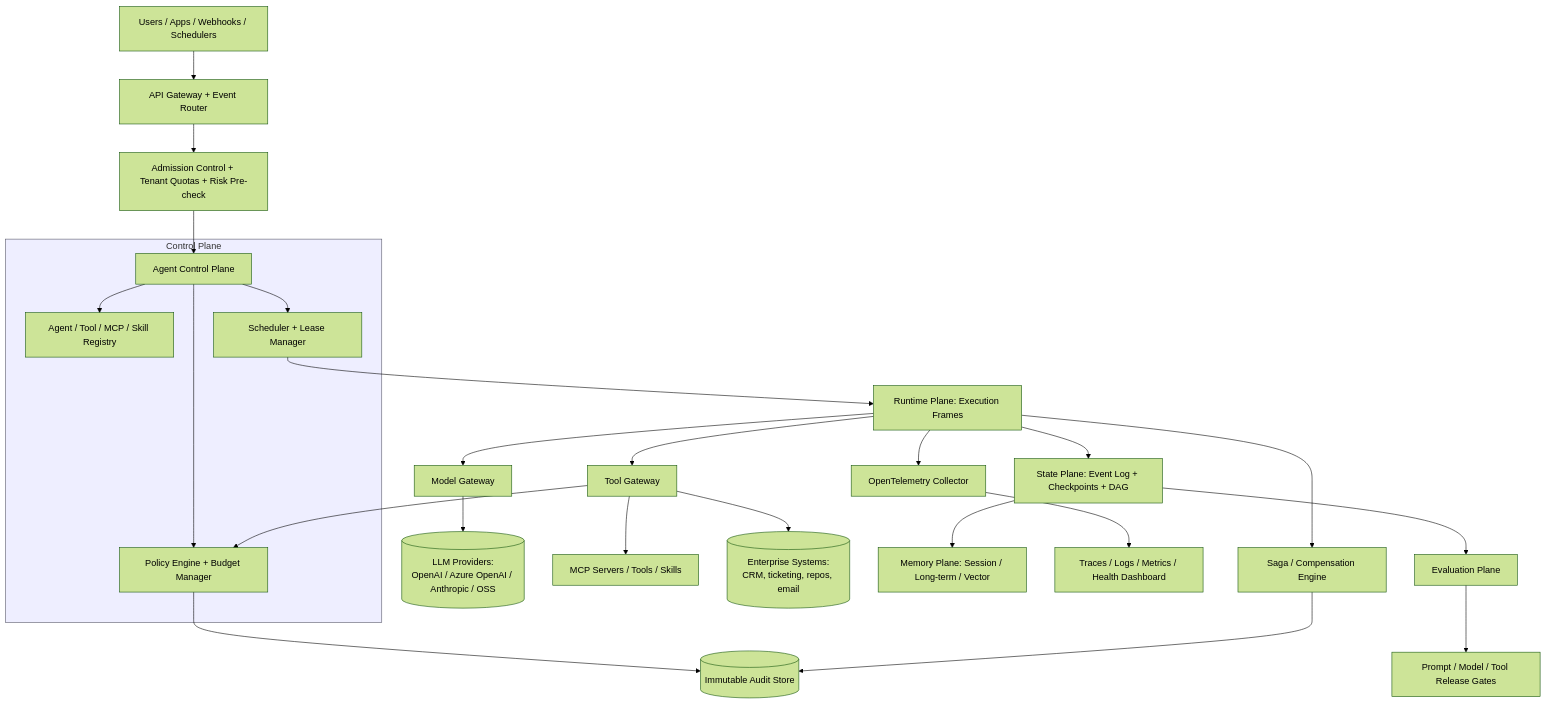
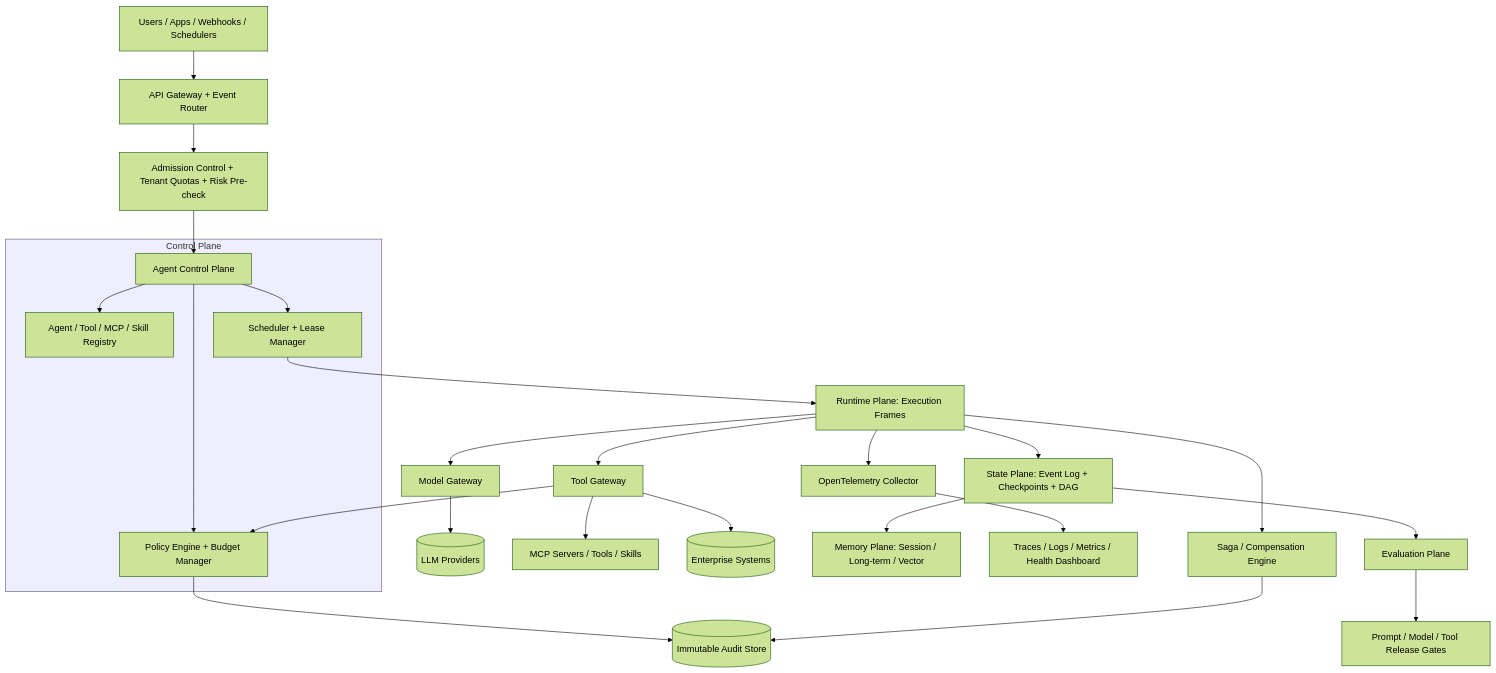
One commit to dsgouda7/ai-portfolio changed the first of 3 diagrams in learning/agentic-ai-system-design/system-design.md. Above: the diagram before and after it, drawn with Mermaid (forest theme). The commit also changed 11 other files, not shown here.

````diff
--- a/learning/agentic-ai-system-design/system-design.md
+++ b/learning/agentic-ai-system-design/system-design.md
@@ -62,36 +62,36 @@
 ```mermaid
 flowchart TD
     Client[Users / Apps / Webhooks / Schedulers] --> Ingress[API Gateway + Event Router]
     Ingress --> Admission[Admission Control + Tenant Quotas + Risk Pre-check]
     Admission --> Control[Agent Control Plane]
 
     subgraph ControlPlane [Control Plane]
         Control --> Registry[Agent / Tool / MCP / Skill Registry]
         Control --> Scheduler[Scheduler + Lease Manager]
         Control --> PolicyEngine[Policy Engine + Budget Manager]
     end
 
     Scheduler --> Runtime[Runtime Plane: Execution Frames]
     Runtime --> ModelGW[Model Gateway]
-    ModelGW --> Providers[(LLM Providers:\nOpenAI / Azure OpenAI / Anthropic / OSS)]
+    ModelGW --> Providers[(LLM Providers)]
 
     Runtime --> ToolGW[Tool Gateway]
     ToolGW --> PolicyEngine
     ToolGW --> MCP[MCP Servers / Tools / Skills]
-    ToolGW --> Enterprise[(Enterprise Systems:\nCRM, ticketing, repos, email)]
+    ToolGW --> Enterprise[(Enterprise Systems)]
 
     Runtime --> StatePlane[State Plane: Event Log + Checkpoints + DAG]
     StatePlane --> MemoryPlane[Memory Plane: Session / Long-term / Vector]
 
     Runtime --> OTel[OpenTelemetry Collector]
     OTel --> Observability[Traces / Logs / Metrics / Health Dashboard]
 
     StatePlane --> EvalPlane[Evaluation Plane]
     EvalPlane --> ReleaseGate[Prompt / Model / Tool Release Gates]
 
     PolicyEngine --> AuditStore[(Immutable Audit Store)]
     Runtime --> SagaEngine[Saga / Compensation Engine]
     SagaEngine --> AuditStore
 
     style ControlPlane fill:#eef,stroke:#556,stroke-width:1px
 ```
````
